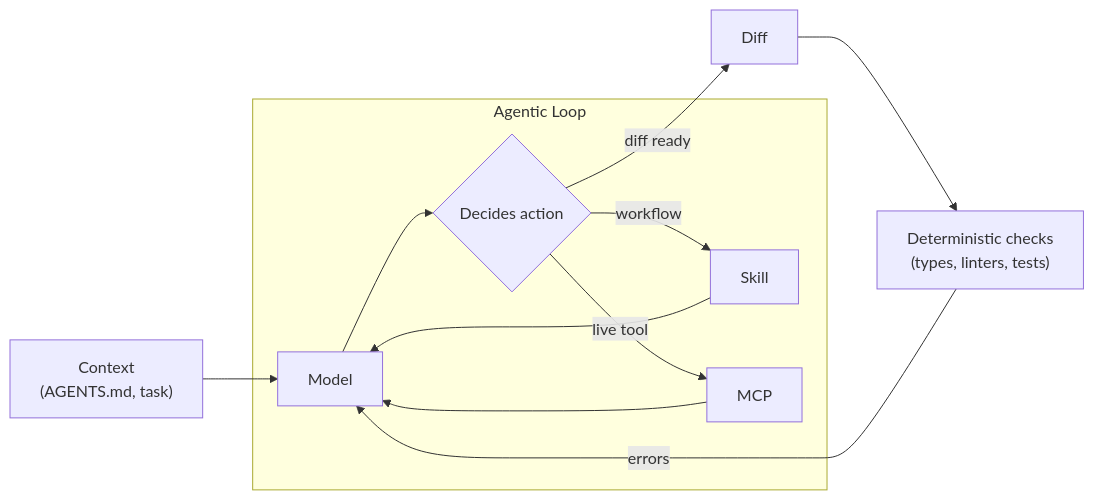
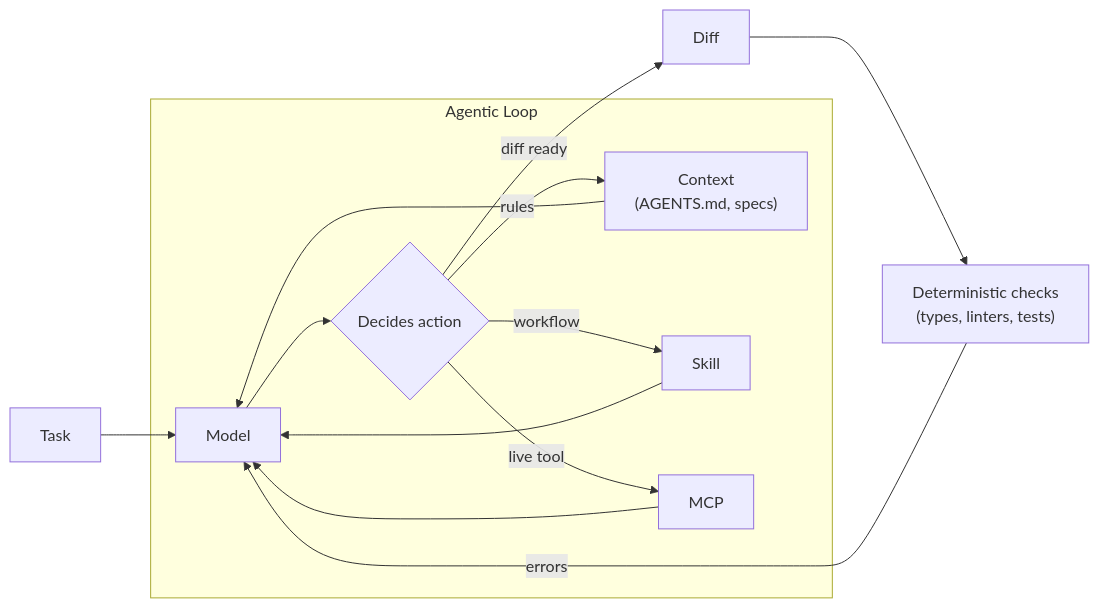
One commit to bwrob/bwrob.github.io changed the diagram in posts/26-10-03-agentic-harness-fundamentals/index.qmd. Above: the diagram before and after it, drawn with Mermaid. The commit also changed other lines of this file, not shown here.

Commit message:
feat(posts): add context node to mermaid loop and expand skills taxonomy with examples and links

````diff
--- a/posts/26-10-03-agentic-harness-fundamentals/index.qmd
+++ b/posts/26-10-03-agentic-harness-fundamentals/index.qmd
@@ -38,16 +38,18 @@
 ```{mermaid}
 flowchart LR
-    Ctx["Context<br/>(AGENTS.md, task)"] --> Model["Model"]
+    Task["Task"] --> Model["Model"]
 
     subgraph AgentLoop["Agentic Loop"]
         Model --> Decision{"Decides action"}
+        Decision -- "rules" --> Context["Context<br/>(AGENTS.md, specs)"]
         Decision -- "workflow" --> Skills["Skill"]
         Decision -- "live tool" --> MCP["MCP"]
+        Context --> Model
         Skills --> Model
         MCP --> Model
     end
 
     Decision -- "diff ready" --> Diff["Diff"]
     Diff --> Checks["Deterministic checks<br/>(types, linters, tests)"]
     Checks -- "errors" --> Model
 ```
````
